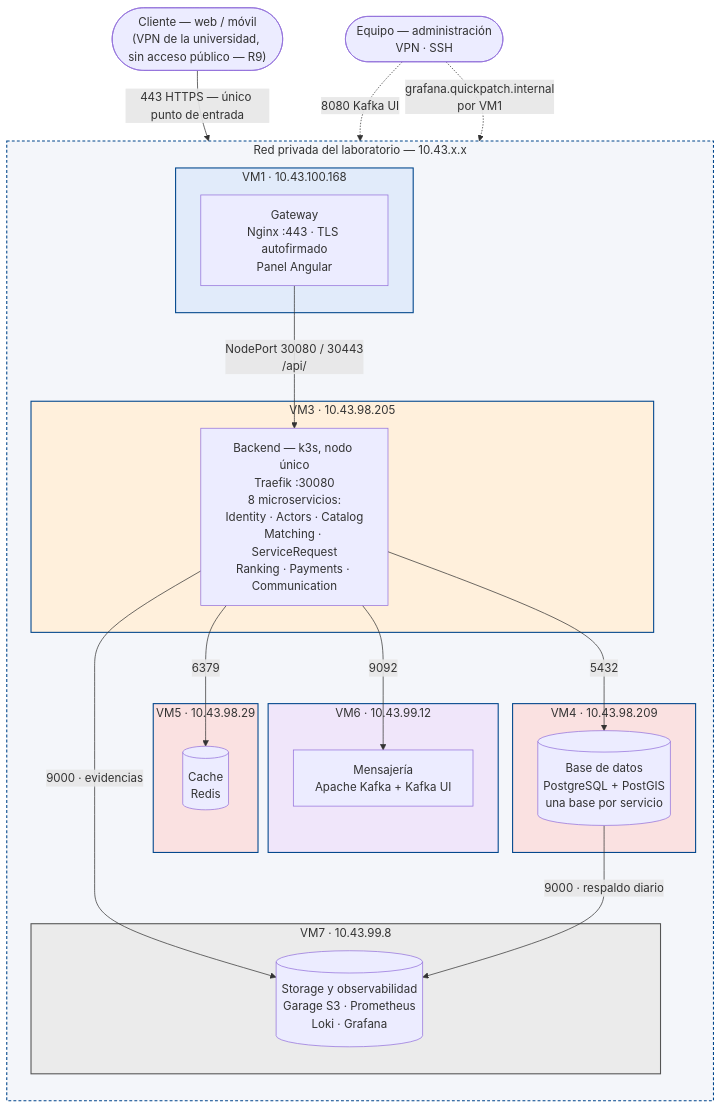
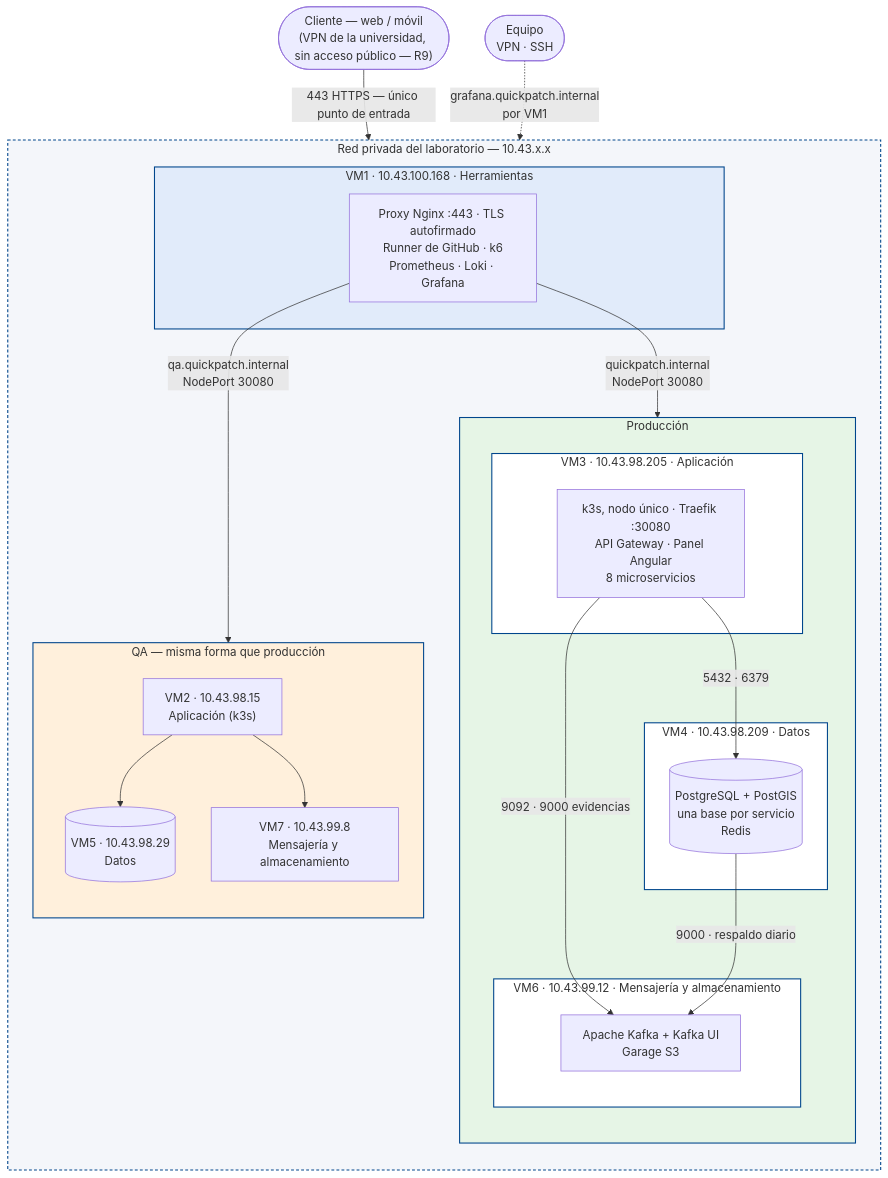
The fifth of 9 diagrams in docs/architecture/SDD.md (ARQUI-202630/quickpatch), drawn with Mermaid before and after one commit. The commit also changed other lines of this file and 11 other files, not shown here.

First line of the commit message:
docs(architecture): ADR-022 redistribucion de VMs 3+3+1 y recursos por servicio (SCRUM-341, SCRUM-342, SCRUM-339)

````diff
--- a/docs/architecture/SDD.md
+++ b/docs/architecture/SDD.md
@@ -1311,47 +1312,52 @@
 ```mermaid
 flowchart TB
     CLIENTE(["Cliente — web / móvil<br/>(VPN de la universidad, sin acceso público — R9)"])
-    EQUIPO(["Equipo — administración<br/>VPN · SSH"])
+    EQUIPO(["Equipo<br/>VPN · SSH"])
 
     subgraph LAB["Red privada del laboratorio — 10.43.x.x"]
     direction TB
 
-        subgraph VM1N["VM1 · 10.43.100.168"]
-            VM1["Gateway<br/>Nginx :443 · TLS autofirmado<br/>Panel Angular"]
-        end
-        subgraph VM3N["VM3 · 10.43.98.205"]
-            VM3["Backend — k3s, nodo único<br/>Traefik :30080<br/>8 microservicios:<br/>Identity · Actors · Catalog<br/>Matching · ServiceRequest<br/>Ranking · Payments · Communication"]
-        end
-        subgraph VM4N["VM4 · 10.43.98.209"]
-            VM4[("Base de datos<br/>PostgreSQL + PostGIS<br/>una base por servicio")]
-        end
-        subgraph VM5N["VM5 · 10.43.98.29"]
-            VM5[("Cache<br/>Redis")]
-        end
-        subgraph VM6N["VM6 · 10.43.99.12"]
-            VM6["Mensajería<br/>Apache Kafka + Kafka UI"]
-        end
-        subgraph VM7N["VM7 · 10.43.99.8"]
-            VM7[("Storage y observabilidad<br/>Garage S3 · Prometheus<br/>Loki · Grafana")]
+        subgraph VM1N["VM1 · 10.43.100.168 · Herramientas"]
+            VM1["Proxy Nginx :443 · TLS autofirmado<br/>Runner de GitHub · k6<br/>Prometheus · Loki · Grafana"]
         end
 
-        VM1 -->|"NodePort 30080 / 30443<br/>/api/"| VM3
-        VM3 -->|"5432"| VM4
-        VM3 -->|"6379"| VM5
-        VM3 -->|"9092"| VM6
-        VM3 -->|"9000 · evidencias"| VM7
-        VM4 -->|"9000 · respaldo diario"| VM7
+        subgraph PROD["Producción"]
+            direction TB
+            subgraph VM3N["VM3 · 10.43.98.205 · Aplicación"]
+                VM3["k3s, nodo único · Traefik :30080<br/>API Gateway · Panel Angular<br/>8 microservicios"]
+            end
+            subgraph VM4N["VM4 · 10.43.98.209 · Datos"]
+                VM4[("PostgreSQL + PostGIS<br/>una base por servicio<br/>Redis")]
+            end
+            subgraph VM6N["VM6 · 10.43.99.12 · Mensajería y almacenamiento"]
+                VM6["Apache Kafka + Kafka UI<br/>Garage S3"]
+            end
+        end
+
+        subgraph QA["QA — misma forma que producción"]
+            direction TB
+            VM2["VM2 · 10.43.98.15<br/>Aplicación (k3s)"]
+            VM5[("VM5 · 10.43.98.29<br/>Datos")]
+            VM7["VM7 · 10.43.99.8<br/>Mensajería y almacenamiento"]
+        end
+
+        VM1 -->|"quickpatch.internal<br/>NodePort 30080"| VM3
+        VM1 -->|"qa.quickpatch.internal<br/>NodePort 30080"| VM2
+        VM3 -->|"5432 · 6379"| VM4
+        VM3 -->|"9092 · 9000 evidencias"| VM6
+        VM4 -->|"9000 · respaldo diario"| VM6
+        VM2 --> VM5
+        VM2 --> VM7
     end
 
     CLIENTE -->|"443 HTTPS — único punto de entrada"| VM1
-    EQUIPO -.->|"8080 Kafka UI"| VM6
     EQUIPO -.->|"grafana.quickpatch.internal<br/>por VM1"| VM1
 
     style LAB fill:#f4f6fa,stroke:#00468C,stroke-width:1.5px,stroke-dasharray:4 3
     style VM1N fill:#E1EBFA,stroke:#00468C,stroke-width:1.5px
-    style VM3N fill:#FFF0DC,stroke:#00468C,stroke-width:1.5px
-    style VM4N fill:#FAE1E1,stroke:#00468C,stroke-width:1.5px
-    style VM5N fill:#FAE1E1,stroke:#00468C,stroke-width:1.5px
-    style VM6N fill:#F0E6FA,stroke:#00468C,stroke-width:1.5px
-    style VM7N fill:#EBEBEB,stroke:#555555,stroke-width:1.5px
+    style PROD fill:#E6F5E6,stroke:#00468C,stroke-width:1.5px
+    style QA fill:#FFF0DC,stroke:#00468C,stroke-width:1.5px
+    style VM3N fill:#FFFFFF,stroke:#00468C,stroke-width:1.5px
+    style VM4N fill:#FFFFFF,stroke:#00468C,stroke-width:1.5px
+    style VM6N fill:#FFFFFF,stroke:#00468C,stroke-width:1.5px
 ```
````
